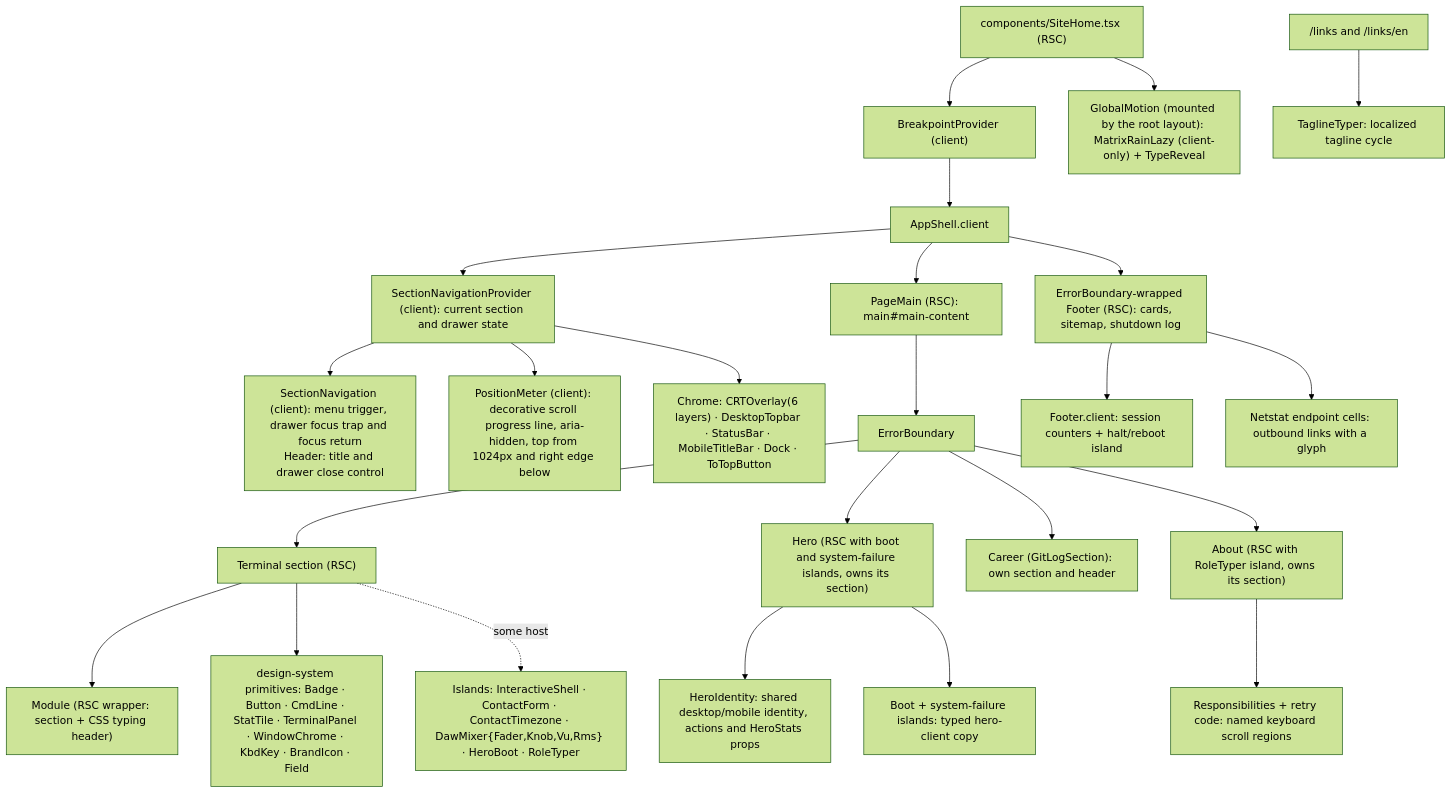
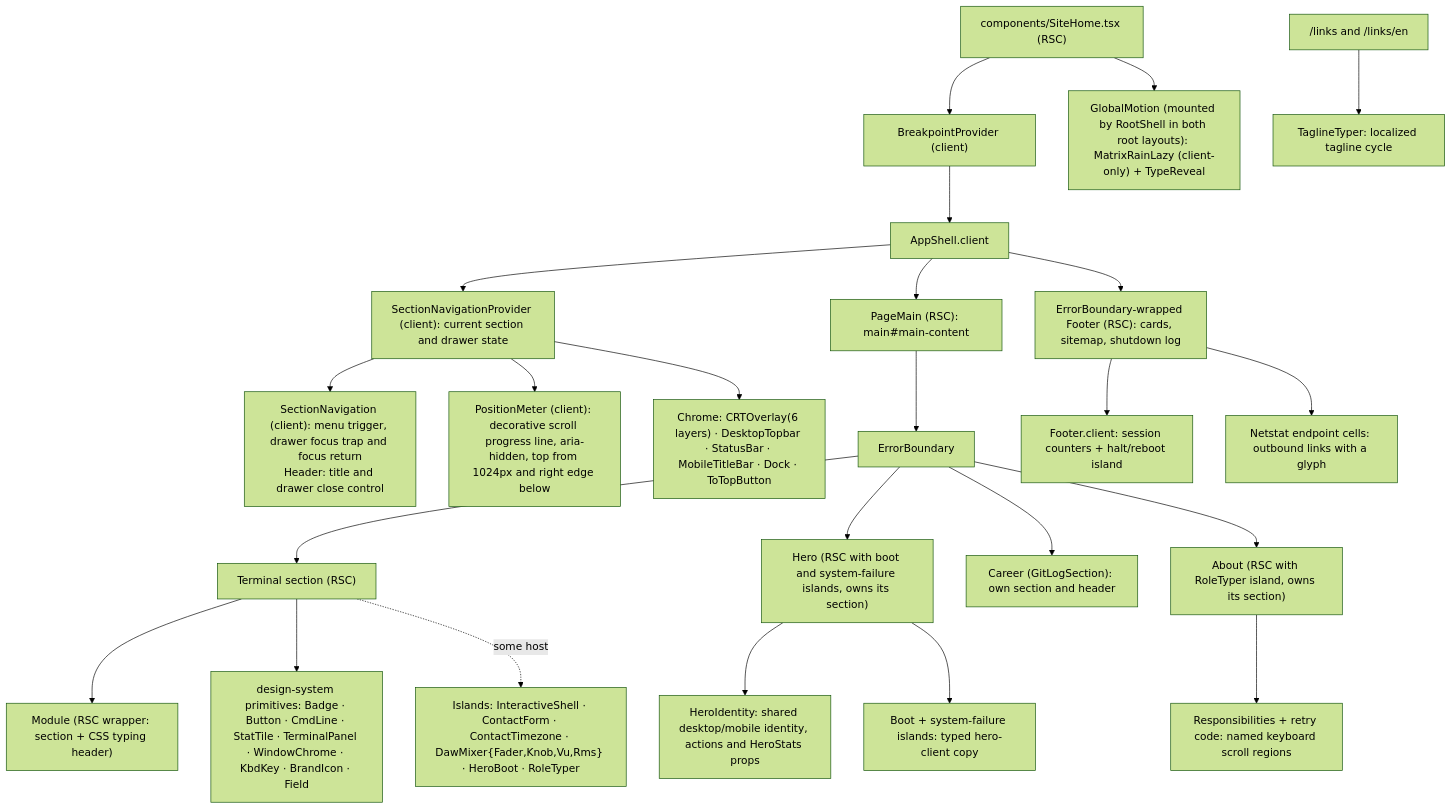
The first of 2 diagrams in docs/04-components-and-state.md (erikunha/portfolio), drawn with Mermaid (forest theme) before and after one commit. The commit also changed other lines of this file and 10 other files, not shown here.

First line of the commit message:
docs(i18n): describe the locale route groups and the shared root shell

````diff
--- a/docs/04-components-and-state.md
+++ b/docs/04-components-and-state.md
@@ -32,26 +32,26 @@
 ```mermaid
 flowchart TD
     page["components/SiteHome.tsx (RSC)"] --> bp["BreakpointProvider (client)"]
     bp --> shell["AppShell.client"]
     shell --> navigation["SectionNavigationProvider (client): current section and drawer state"]
     navigation --> rail["SectionNavigation (client): menu trigger, drawer focus trap and focus return<br/>Header: title and drawer close control"]
     navigation --> position["PositionMeter (client): decorative scroll progress line, aria-hidden, top from 1024px and right edge below"]
     navigation --> chrome["Chrome: CRTOverlay(6 layers) · DesktopTopbar · StatusBar · MobileTitleBar · Dock · ToTopButton"]
-    page --> gm["GlobalMotion (mounted by the root layout): MatrixRainLazy (client-only) + TypeReveal"]
+    page --> gm["GlobalMotion (mounted by RootShell in both root layouts): MatrixRainLazy (client-only) + TypeReveal"]
     shell --> main["PageMain (RSC): main#main-content"]
     main --> eb["ErrorBoundary"]
     eb --> sec["Terminal section (RSC)"]
     sec --> mod["Module (RSC wrapper: section + CSS typing header)"]
     sec --> dsp["design-system primitives: Badge · Button · CmdLine · StatTile · TerminalPanel · WindowChrome · KbdKey · BrandIcon · Field"]
     sec -. some host .-> isl["Islands: InteractiveShell · ContactForm · ContactTimezone · DawMixer{Fader,Knob,Vu,Rms} · HeroBoot · RoleTyper"]
     eb --> hero["Hero (RSC with boot and system-failure islands, owns its section)"]
     hero --> identity["HeroIdentity: shared desktop/mobile identity, actions and HeroStats props"]
     hero --> clientcopy["Boot + system-failure islands: typed hero-client copy"]
     eb --> career["Career (GitLogSection): own section and header"]
     eb --> about["About (RSC with RoleTyper island, owns its section)"]
     about --> scroll["Responsibilities + retry code: named keyboard scroll regions"]
     shell --> fl["ErrorBoundary-wrapped Footer (RSC): cards, sitemap, shutdown log"]
     fl --> fi["Footer.client: session counters + halt/reboot island"]
     fl --> fc["Netstat endpoint cells: outbound links with a glyph"]
     links["/links and /links/en"] --> tagline["TaglineTyper: localized tagline cycle"]
 ```
````
